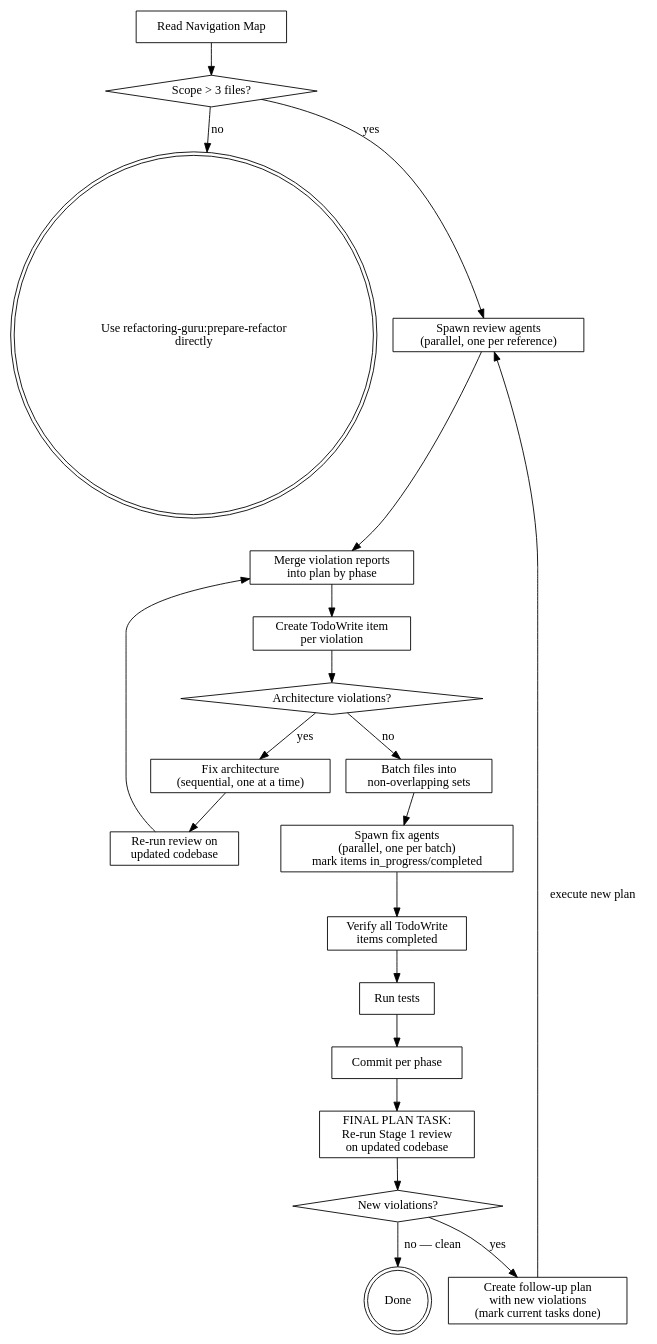
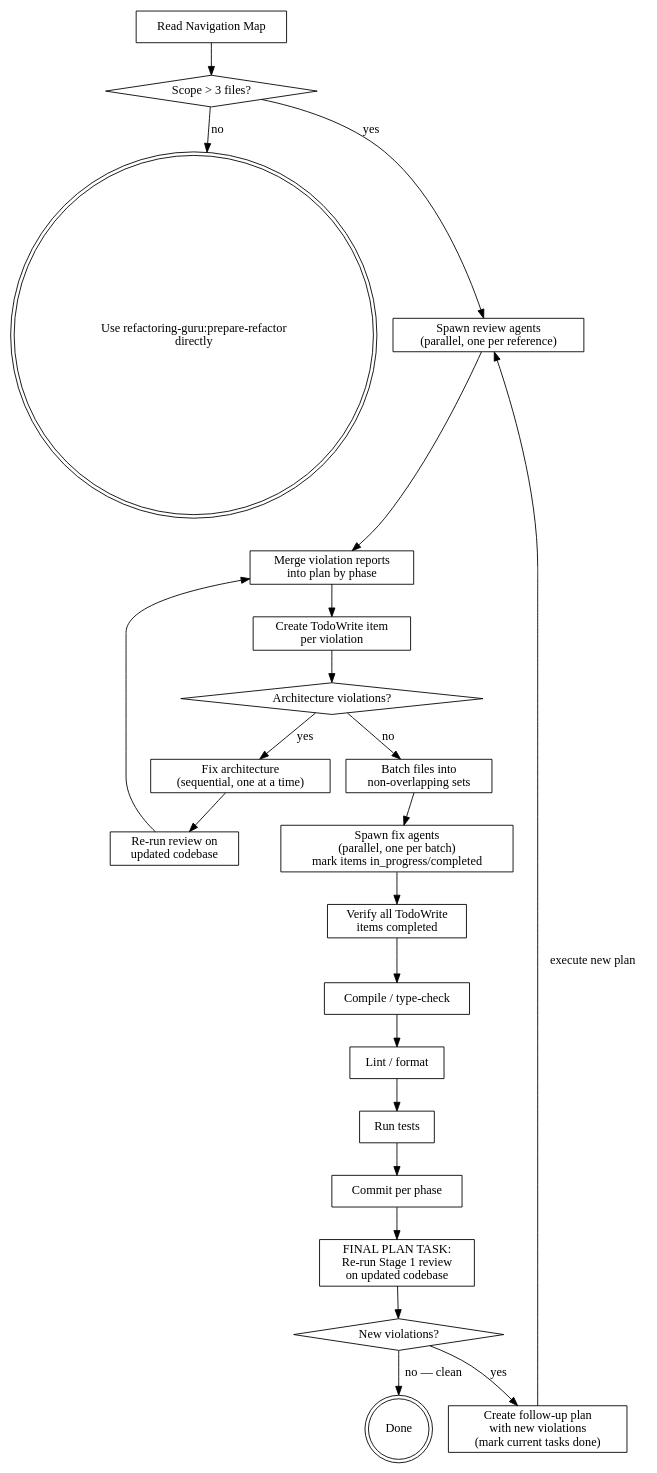
Before and after one commit to ZhilinS/cc-plugins: the diagram in plugins/refactoring-guru/skills/parallel-execution-refactor/SKILL.md, drawn with Graphviz. The commit also changed other lines of this file, not shown here.

First line of the commit message:
parallel-execution-refactor: add compile and lint gates after fix phase

````diff
--- a/plugins/refactoring-guru/skills/parallel-execution-refactor/SKILL.md
+++ b/plugins/refactoring-guru/skills/parallel-execution-refactor/SKILL.md
@@ -16,53 +16,57 @@
 ```dot
 digraph parallel_refactor {
     rankdir=TB;
     node [shape=box];
 
     nav [label="Read Navigation Map"];
     scope_check [label="Scope > 3 files?" shape=diamond];
     use_refactor [label="Use refactoring-guru:prepare-refactor\ndirectly" shape=doublecircle];
 
     spawn_review [label="Spawn review agents\n(parallel, one per reference)"];
     merge [label="Merge violation reports\ninto plan by phase"];
     track [label="Create TodoWrite item\nper violation"];
 
     arch_check [label="Architecture violations?" shape=diamond];
     fix_arch [label="Fix architecture\n(sequential, one at a time)"];
     re_review [label="Re-run review on\nupdated codebase"];
 
     batch [label="Batch files into\nnon-overlapping sets"];
     spawn_fix [label="Spawn fix agents\n(parallel, one per batch)\nmark items in_progress/completed"];
 
     verify_todo [label="Verify all TodoWrite\nitems completed"];
+    compile [label="Compile / type-check"];
+    lint [label="Lint / format"];
     tests [label="Run tests"];
     commit [label="Commit per phase"];
 
     reeval [label="FINAL PLAN TASK:\nRe-run Stage 1 review\non updated codebase"];
     clean_check [label="New violations?" shape=diamond];
     new_plan [label="Create follow-up plan\nwith new violations\n(mark current tasks done)"];
     done [label="Done" shape=doublecircle];
 
     nav -> scope_check;
     scope_check -> use_refactor [label="no"];
     scope_check -> spawn_review [label="yes"];
 
     spawn_review -> merge;
     merge -> track;
     track -> arch_check;
 
     arch_check -> fix_arch [label="yes"];
     fix_arch -> re_review;
     re_review -> merge;
 
     arch_check -> batch [label="no"];
     batch -> spawn_fix;
     spawn_fix -> verify_todo;
-    verify_todo -> tests;
+    verify_todo -> compile;
+    compile -> lint;
+    lint -> tests;
     tests -> commit;
     commit -> reeval;
     reeval -> clean_check;
     clean_check -> new_plan [label="yes"];
     new_plan -> spawn_review [label="execute new plan"];
     clean_check -> done [label="no — clean"];
 }
 ```
````
